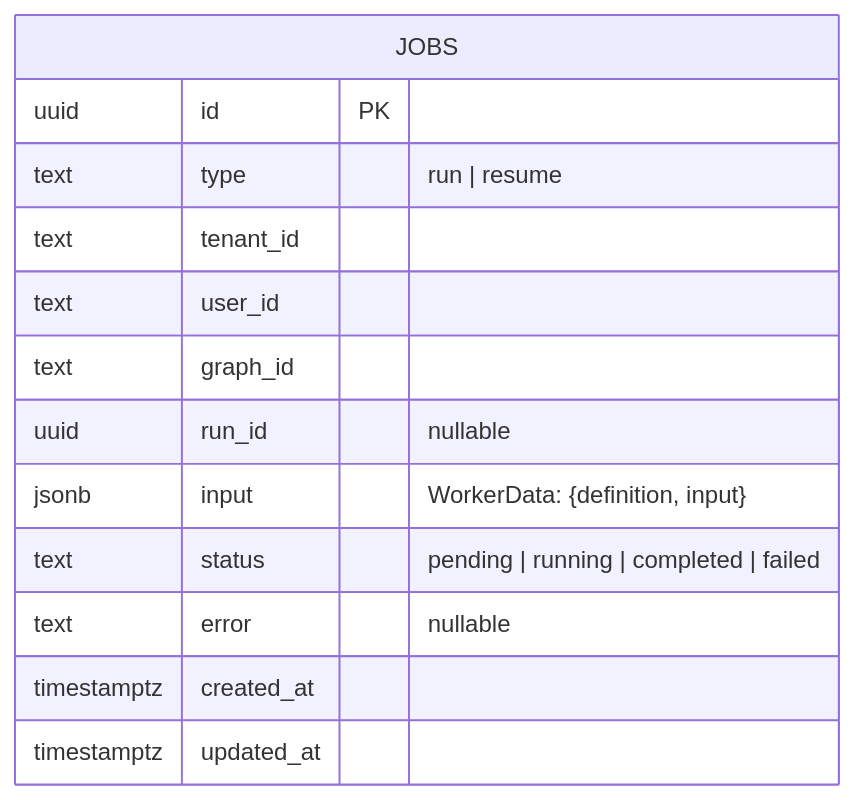
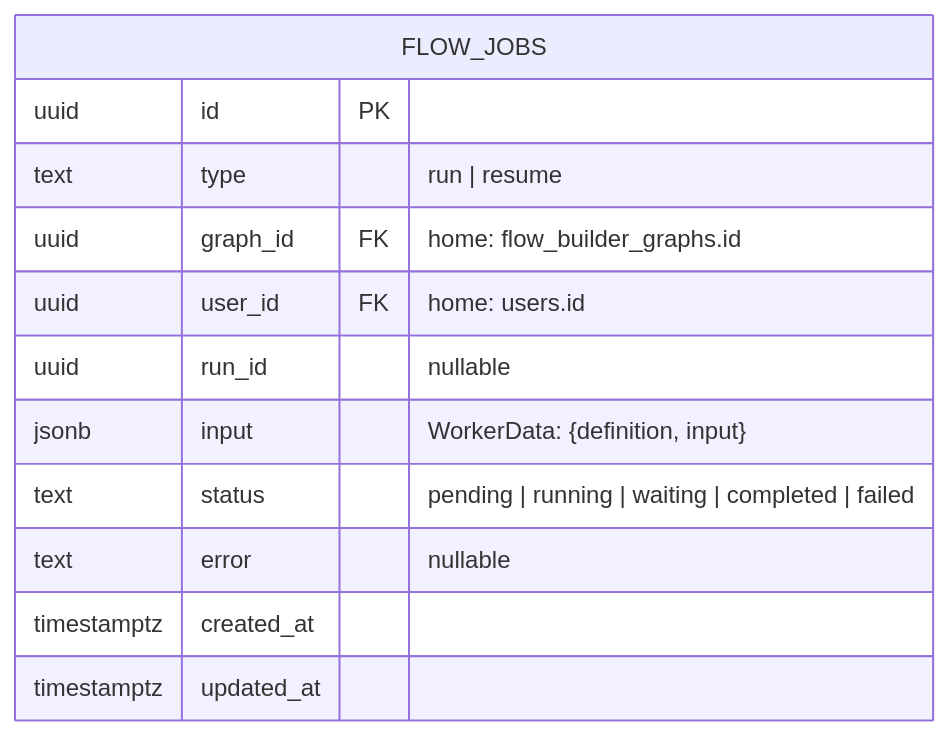
The diagram in docs/architecture/data-architecture.md (TryYourIdeas/flow-engine), drawn with Mermaid before and after one commit. The commit also changed other lines of this file and 4 other files, not shown here.

First line of the commit message:
docs: update remaining architecture/user-guide docs for the shared database

````diff
--- a/docs/architecture/data-architecture.md
+++ b/docs/architecture/data-architecture.md
@@ -11,16 +16,15 @@
 ```mermaid
 erDiagram
-    JOBS {
+    FLOW_JOBS {
         uuid id PK
         text type "run | resume"
-        text tenant_id
-        text user_id
-        text graph_id
+        uuid graph_id FK "home: flow_builder_graphs.id"
+        uuid user_id FK "home: users.id"
         uuid run_id "nullable"
         jsonb input "WorkerData: {definition, input}"
-        text status "pending | running | completed | failed"
+        text status "pending | running | waiting | completed | failed"
         text error "nullable"
         timestamptz created_at
         timestamptz updated_at
     }
 ```
````
